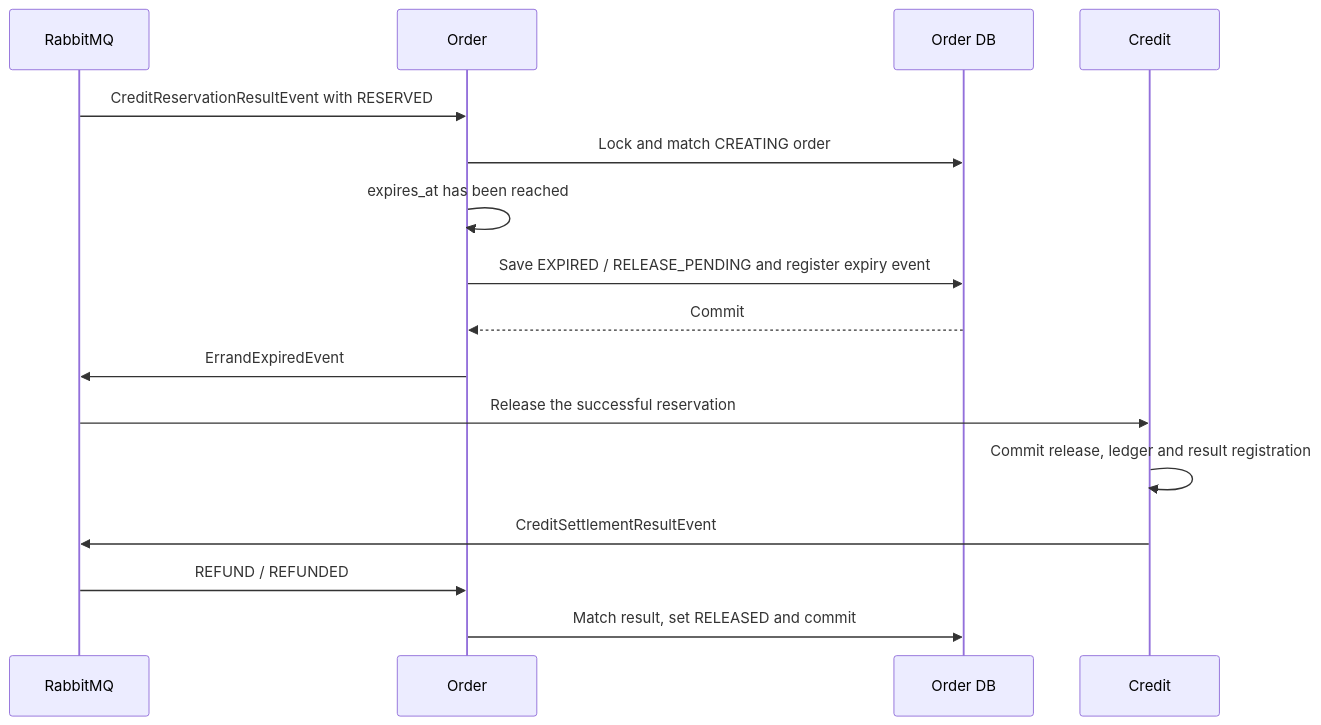
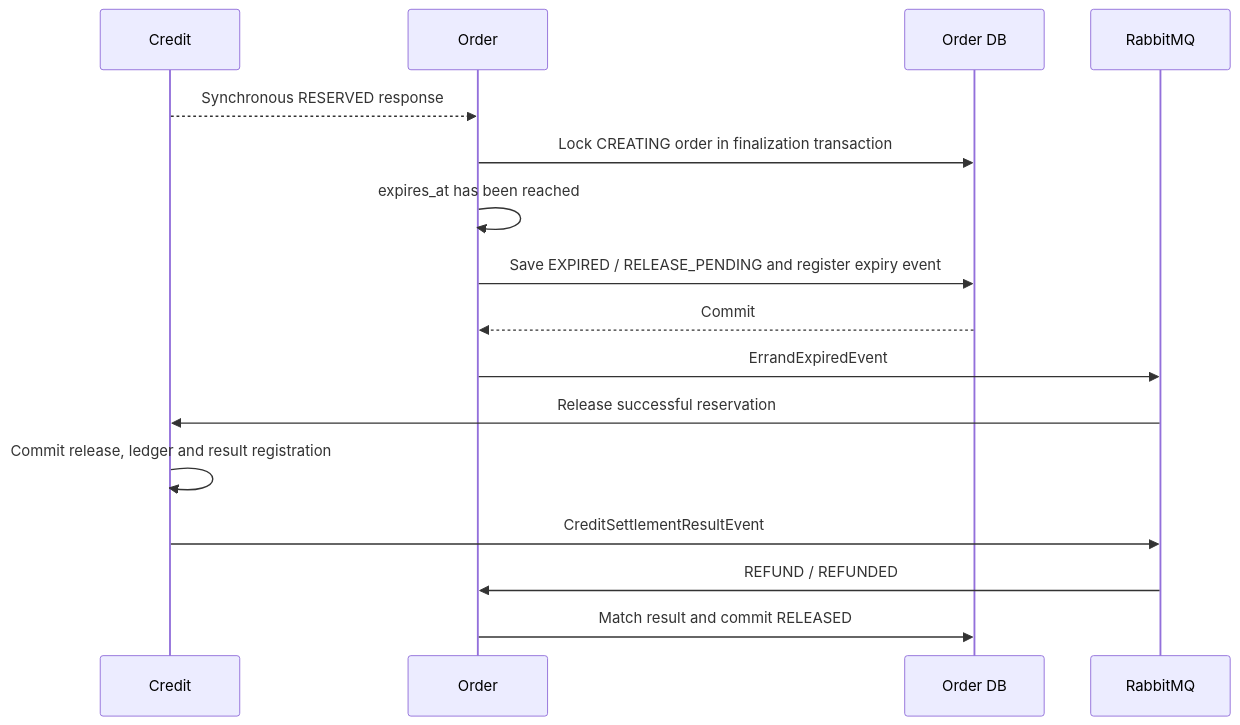
Before and after one commit to AY2627S1-CS3219-P24/FoC: diagram 12 of 16 in order-service/README.md, drawn with Mermaid. The commit also changed other lines of this file and 26 other files, not shown here.

Commit message:
refactor(order): refactor synchronous credit reservation and simplify constraints

````diff
--- a/order-service/README.md
+++ b/order-service/README.md
@@ -344,18 +351,18 @@
 ```mermaid
 sequenceDiagram
-    participant MQ as RabbitMQ
+    participant Credit
     participant Order
     participant DB as Order DB
-    participant Credit
-    MQ->>Order: CreditReservationResultEvent with RESERVED
-    Order->>DB: Lock and match CREATING order
+    participant MQ as RabbitMQ
+    Credit-->>Order: Synchronous RESERVED response
+    Order->>DB: Lock CREATING order in finalization transaction
     Order->>Order: expires_at has been reached
     Order->>DB: Save EXPIRED / RELEASE_PENDING and register expiry event
     DB-->>Order: Commit
     Order->>MQ: ErrandExpiredEvent
-    MQ->>Credit: Release the successful reservation
+    MQ->>Credit: Release successful reservation
     Credit->>Credit: Commit release, ledger and result registration
     Credit->>MQ: CreditSettlementResultEvent
     MQ->>Order: REFUND / REFUNDED
-    Order->>DB: Match result, set RELEASED and commit
+    Order->>DB: Match result and commit RELEASED
 ```
````
